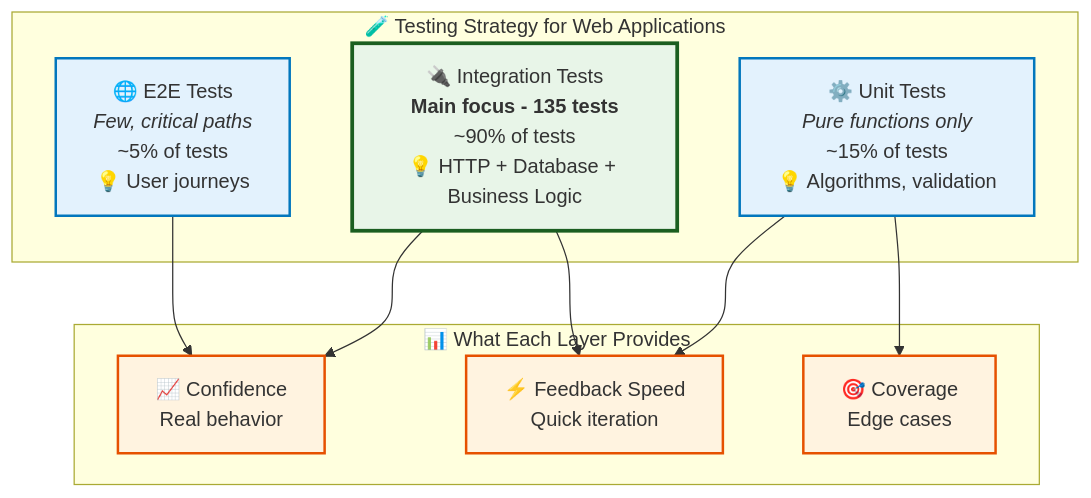
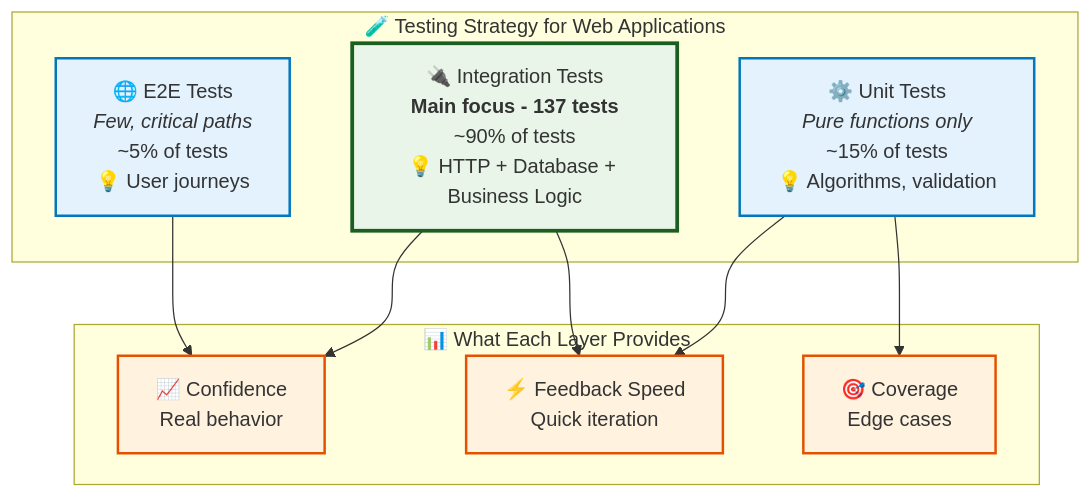
Before and after one commit to quanhua92/rust-fullstack-starter: the first of 2 diagrams in docs/guides/08-testing.md, drawn with Mermaid. The commit also changed other lines of this file and 10 other files, not shown here.

````diff
--- a/docs/guides/08-testing.md
+++ b/docs/guides/08-testing.md
@@ -54,30 +54,30 @@
 ```mermaid
 graph TD
     subgraph "🧪 Testing Strategy for Web Applications"
         E2E[🌐 E2E Tests<br/><i>Few, critical paths</i><br/>~5% of tests<br/>💡 User journeys]
         
-        INTEGRATION[🔌 Integration Tests<br/><b>Main focus - 135 tests</b><br/>~90% of tests<br/>💡 HTTP + Database + Business Logic]
+        INTEGRATION[🔌 Integration Tests<br/><b>Main focus - 137 tests</b><br/>~90% of tests<br/>💡 HTTP + Database + Business Logic]
         
         UNIT[⚙️ Unit Tests<br/><i>Pure functions only</i><br/>~15% of tests<br/>💡 Algorithms, validation]
     end
     
     subgraph "📊 What Each Layer Provides"
         CONFIDENCE[📈 Confidence<br/>Real behavior]
         SPEED[⚡ Feedback Speed<br/>Quick iteration]
         COVERAGE[🎯 Coverage<br/>Edge cases]
     end
     
     E2E --> CONFIDENCE
     INTEGRATION --> CONFIDENCE
     INTEGRATION --> SPEED
     UNIT --> SPEED
     UNIT --> COVERAGE
     
     classDef main fill:#e8f5e8,stroke:#1b5e20,stroke-width:3px
     classDef support fill:#e3f2fd,stroke:#0277bd,stroke-width:2px
     classDef benefit fill:#fff3e0,stroke:#e65100,stroke-width:2px
     
     class INTEGRATION main
     class E2E,UNIT support
     class CONFIDENCE,SPEED,COVERAGE benefit
 ```
````
